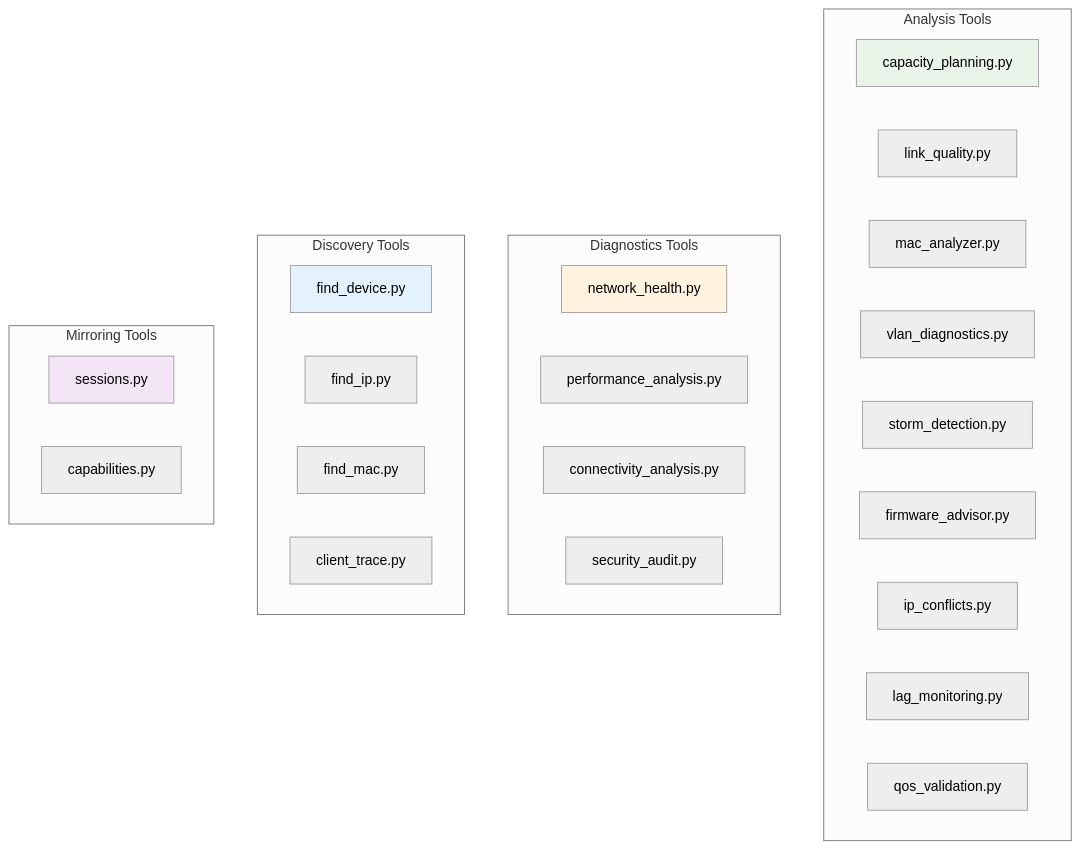
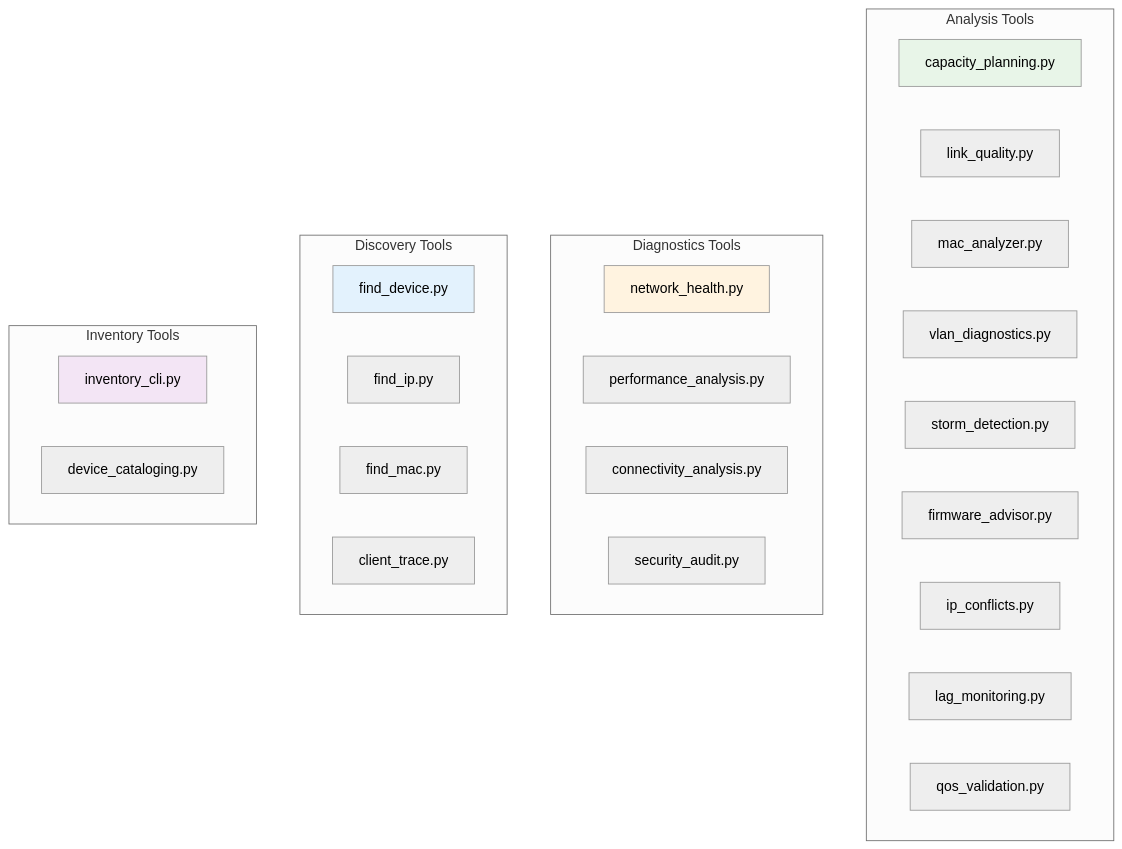
Diagram 15 of 27 in docs/architecture-and-codemap.md (NetDevAutomate/unifi_port_mapper), drawn with Mermaid (neutral theme) before and after one commit. The commit also changed other lines of this file and 2 other files, not shown here.

````diff
--- a/docs/architecture-and-codemap.md
+++ b/docs/architecture-and-codemap.md
@@ -634,38 +634,38 @@
 ```mermaid
 graph TB
     subgraph "Analysis Tools"
         A1[capacity_planning.py]
         A2[link_quality.py]
         A3[mac_analyzer.py]
         A4[vlan_diagnostics.py]
         A5[storm_detection.py]
         A6[firmware_advisor.py]
         A7[ip_conflicts.py]
         A8[lag_monitoring.py]
         A9[qos_validation.py]
     end
 
     subgraph "Diagnostics Tools"
         D1[network_health.py]
         D2[performance_analysis.py]
         D3[connectivity_analysis.py]
         D4[security_audit.py]
     end
 
     subgraph "Discovery Tools"
         C1[find_device.py]
         C2[find_ip.py]
         C3[find_mac.py]
         C4[client_trace.py]
     end
 
-    subgraph "Mirroring Tools"
-        M1[sessions.py]
-        M2[capabilities.py]
+    subgraph "Inventory Tools"
+        M1[inventory_cli.py]
+        M2[device_cataloging.py]
     end
 
     style A1 fill:#e8f5e8
     style D1 fill:#fff3e0
     style C1 fill:#e3f2fd
     style M1 fill:#f3e5f5
 ```
````
